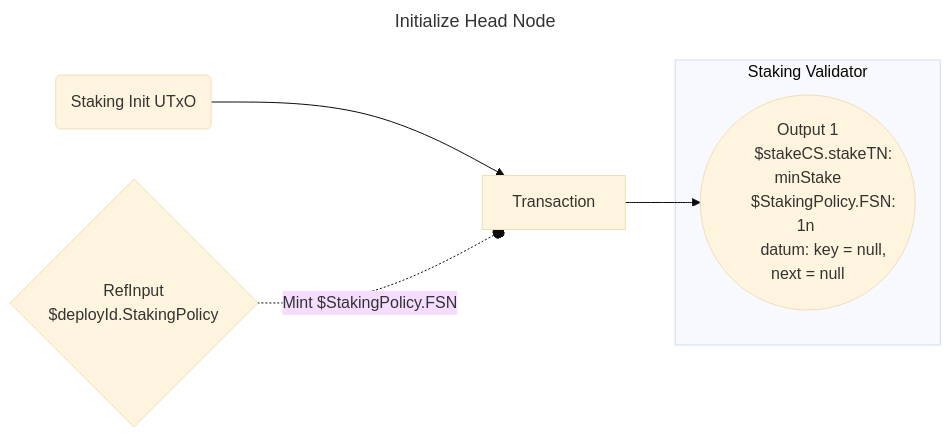
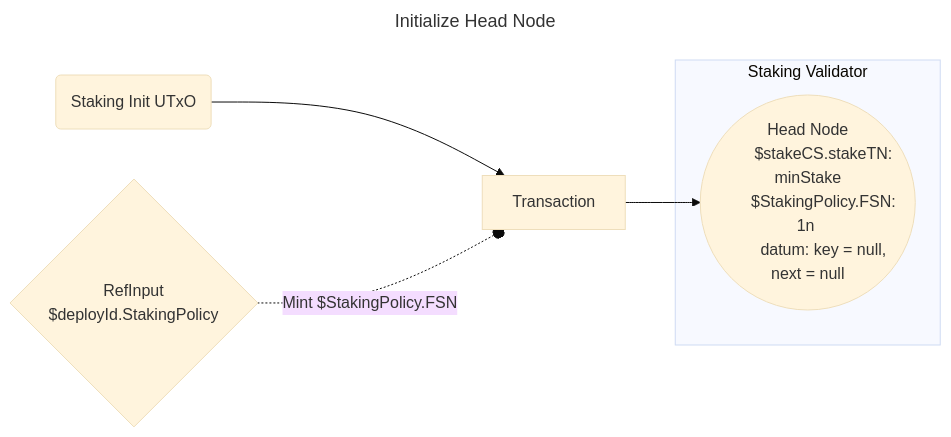
The fifth of 9 diagrams in README.md (Anastasia-Labs/single-asset-staking-offchain), drawn with Mermaid (base theme) before and after one commit. The commit also changed other lines of this file, not shown here.

````diff
--- a/README.md
+++ b/README.md
@@ -194,18 +190,18 @@
 ```mermaid
 ---
 title: Initialize Head Node
 ---
 graph LR
     I1(Staking Init UTxO)
     TX[ Transaction ]
     subgraph Staking Validator
-    O1((Output 1
+    O1((Head Node
         $stakeCS.stakeTN: minStake
         $StakingPolicy.FSN: 1n 
         datum: key = null, next = null))
     end
     I1 --> TX
     MP{RefInput
       $deployId.StakingPolicy}  -.-o|Mint $StakingPolicy.FSN| TX
     TX --> O1
 ```
````
